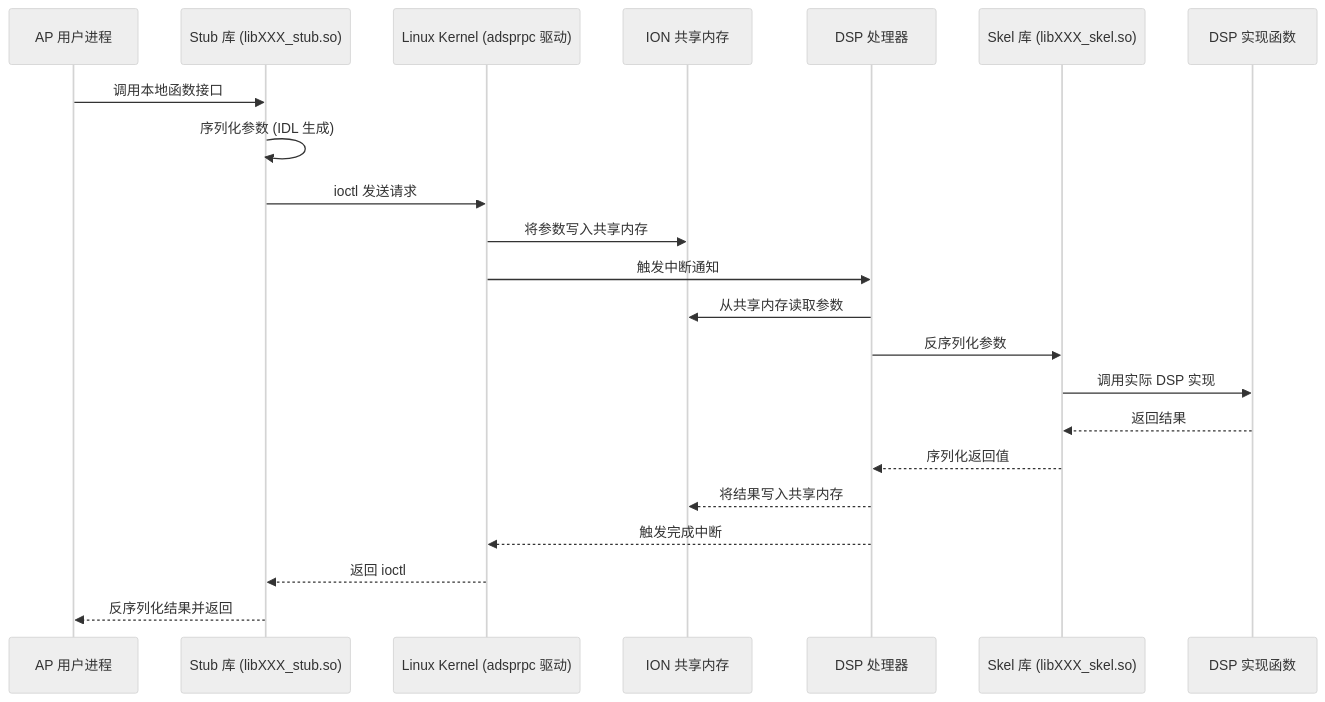
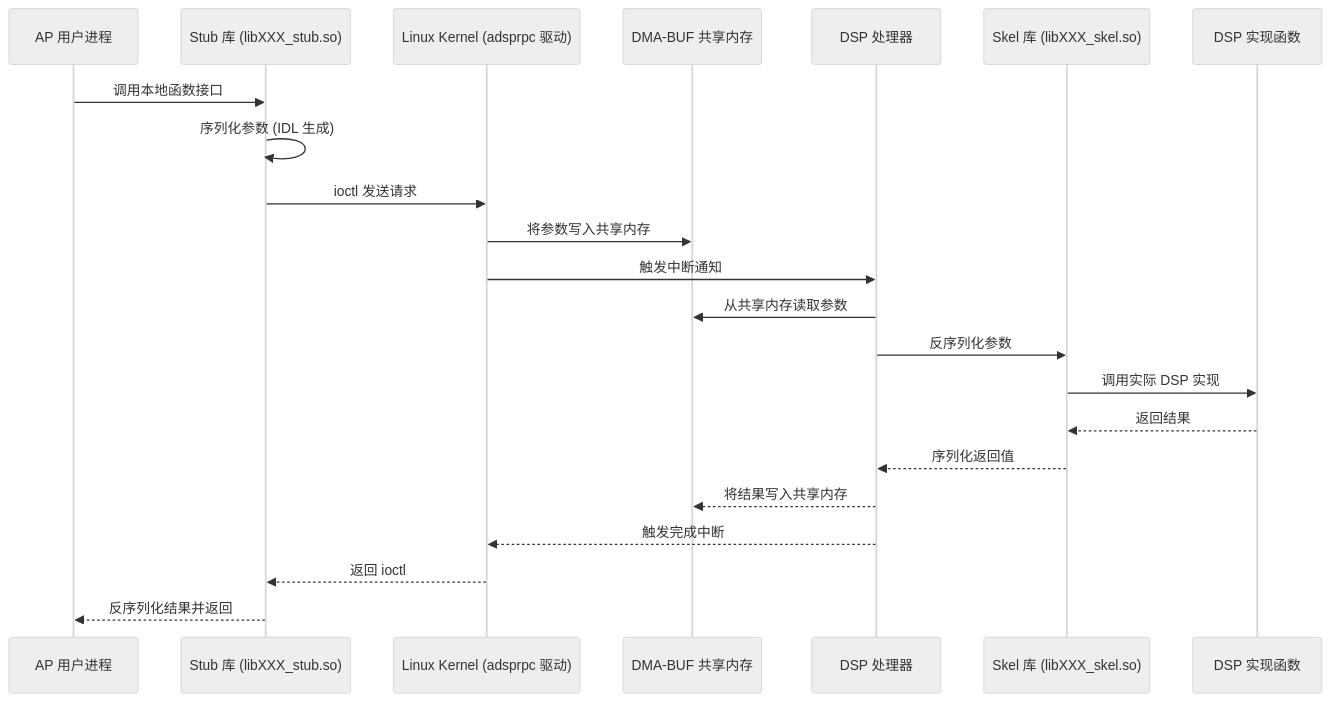
One commit to ranpin/edge-ai-docs changed the fifth of 9 diagrams in cockpit/general/hardware.md. Above: the diagram before and after it, drawn with Mermaid (neutral theme). The commit also changed other lines of this file and 13 other files, not shown here.

````diff
--- a/cockpit/general/hardware.md
+++ b/cockpit/general/hardware.md
@@ -180,25 +228,25 @@
 ```mermaid
 sequenceDiagram
     participant App as AP 用户进程
     participant Stub as Stub 库 (libXXX_stub.so)
     participant Kernel as Linux Kernel (adsprpc 驱动)
-    participant SMem as ION 共享内存
+    participant SMem as DMA-BUF 共享内存
     participant DSP as DSP 处理器
     participant Skel as Skel 库 (libXXX_skel.so)
     participant Impl as DSP 实现函数
 
     App->>Stub: 调用本地函数接口
     Stub->>Stub: 序列化参数 (IDL 生成)
     Stub->>Kernel: ioctl 发送请求
     Kernel->>SMem: 将参数写入共享内存
     Kernel->>DSP: 触发中断通知
     DSP->>SMem: 从共享内存读取参数
     DSP->>Skel: 反序列化参数
     Skel->>Impl: 调用实际 DSP 实现
     Impl-->>Skel: 返回结果
     Skel-->>DSP: 序列化返回值
     DSP-->>SMem: 将结果写入共享内存
     DSP-->>Kernel: 触发完成中断
     Kernel-->>Stub: 返回 ioctl
     Stub-->>App: 反序列化结果并返回
 ```
````
